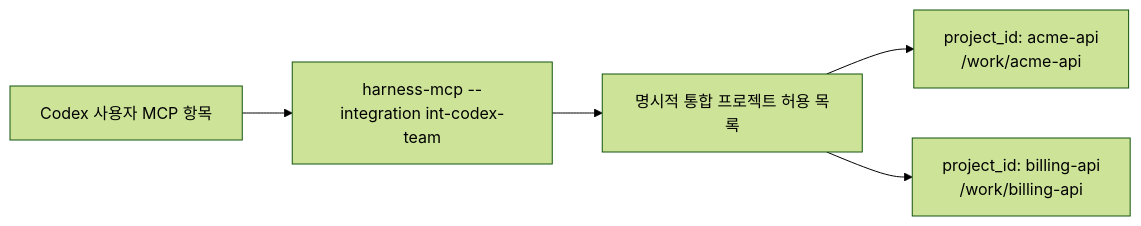
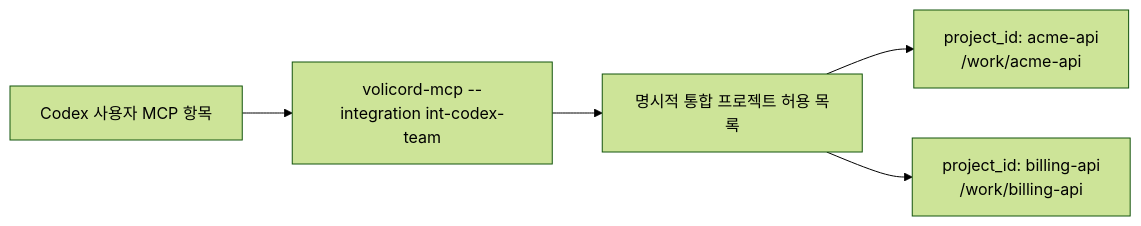
The diagram in docs/ko/guides/multi-repository-agent-setup.md (minjungw00/Harness_Project), drawn with Mermaid (forest theme) before and after one commit. The commit also changed other lines of this file and 59 other files, not shown here.

````diff
--- a/docs/ko/guides/multi-repository-agent-setup.md
+++ b/docs/ko/guides/multi-repository-agent-setup.md
@@ -7,13 +7,13 @@
 ```mermaid
 flowchart LR
   host[Codex 사용자 MCP 항목]
-  process["harness-mcp --integration int-codex-team"]
+  process["volicord-mcp --integration int-codex-team"]
   allowlist[명시적 통합 프로젝트 허용 목록]
   a["project_id: acme-api<br/>/work/acme-api"]
   b["project_id: billing-api<br/>/work/billing-api"]
 
   host --> process
   process --> allowlist
   allowlist --> a
   allowlist --> b
 ```
````
